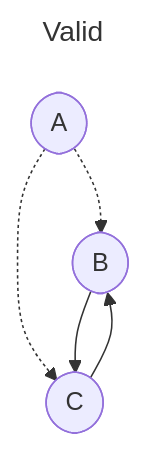
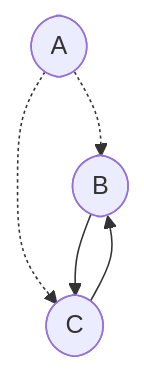
Before and after one commit to stepchowfun/proofs: diagram 13 of 17 in proofs/AdmissibilityGraph/README.md, drawn with Mermaid. The commit also changed other lines of this file, not shown here.

Commit message:
Wordsmith the admissibility graph README

````diff
--- a/proofs/AdmissibilityGraph/README.md
+++ b/proofs/AdmissibilityGraph/README.md
@@ -235,14 +220,11 @@
 ```mermaid
----
-title: Valid
----
 flowchart TD
   a([A])
   b([B])
   c([C])
 
   a -.-> b
   a -.-> c
   b --> c
   c --> b
 ```
````
